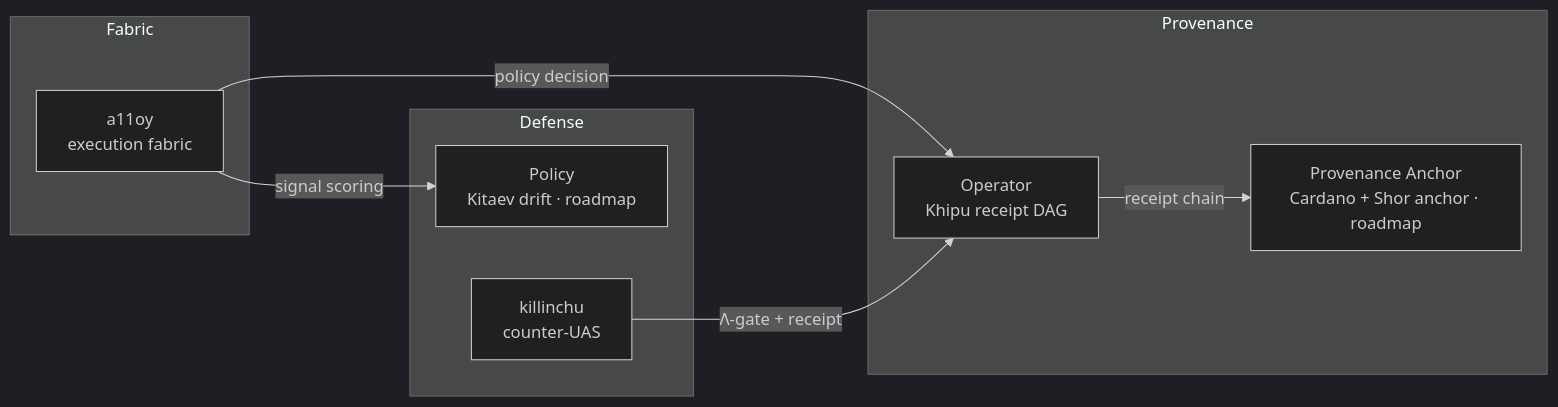
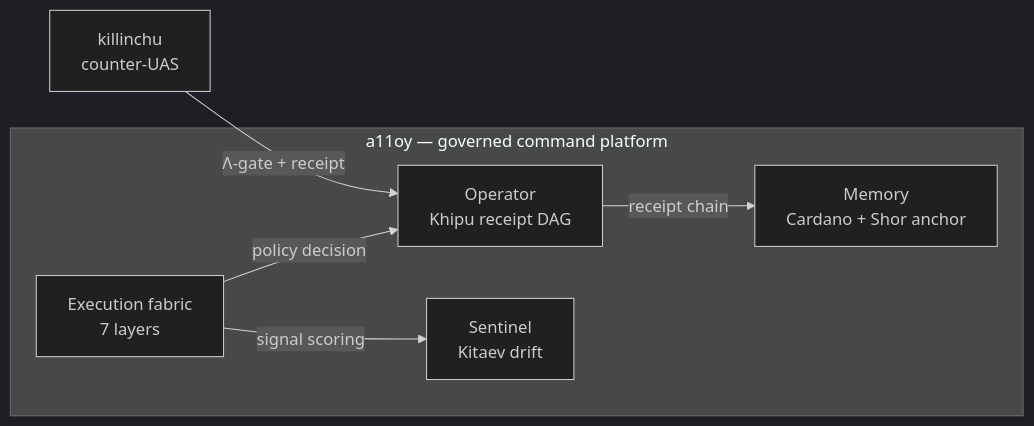
Before and after one commit to szl-holdings/a11oy: the diagram in docs/site/docs/flagships/index.md, drawn with Mermaid (dark theme). The commit also changed other lines of this file and 3 other files, not shown here.

````diff
--- a/docs/site/docs/flagships/index.md
+++ b/docs/site/docs/flagships/index.md
@@ -15,18 +10,14 @@
 ```mermaid
 flowchart LR
-  subgraph Fabric
-    A[a11oy<br/>execution fabric]
+  subgraph A11OY["a11oy — governed command platform"]
+    A[Execution fabric<br/>7 layers]
+    M[Memory<br/>Cardano + Shor anchor]
+    R[Operator<br/>Khipu receipt DAG]
+    S[Sentinel<br/>Kitaev drift]
   end
-  subgraph Provenance
-    M[Provenance Anchor<br/>Cardano + Shor anchor · roadmap]
-    R[Operator<br/>Khipu receipt DAG]
-  end
-  subgraph Defense
-    S[Policy<br/>Kitaev drift · roadmap]
-    K[killinchu<br/>counter-UAS]
-  end
+  K[killinchu<br/>counter-UAS]
   A -->|policy decision| R
   A -->|signal scoring| S
   R -->|receipt chain| M
   K -->|Λ-gate + receipt| R
 ```
````
